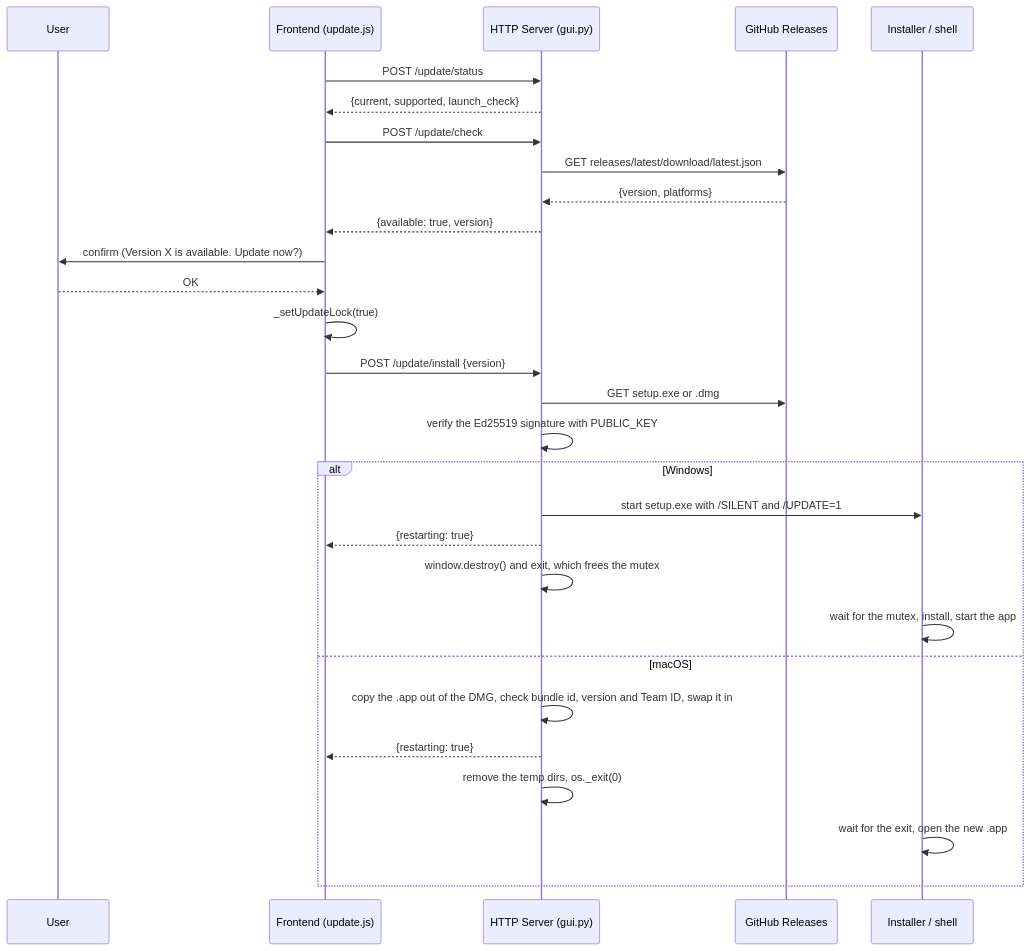
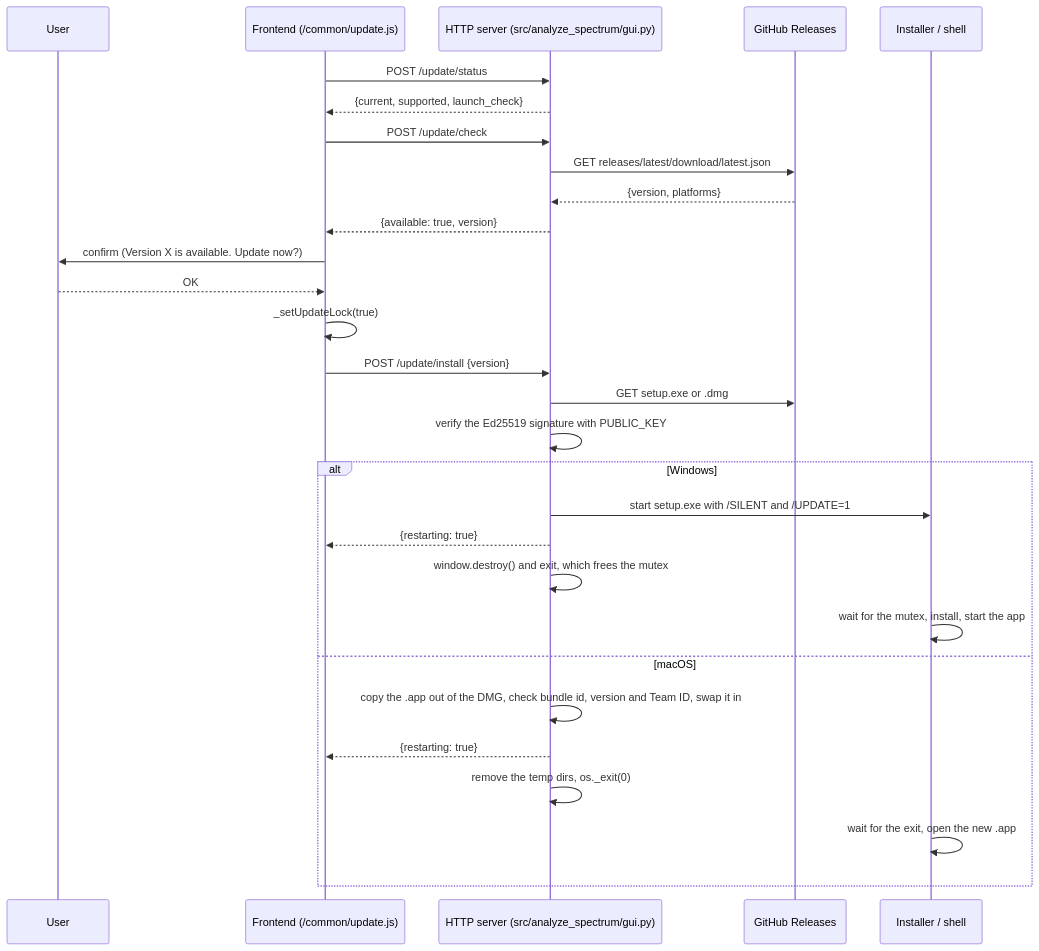
Before and after one commit to semnil/analyze-spectrum: diagram 14 of 18 in docs/architecture.md, drawn with Mermaid. The commit also changed other lines of this file and 7 other files, not shown here.

````diff
--- a/docs/architecture.md
+++ b/docs/architecture.md
@@ -374,32 +422,32 @@
 ```mermaid
 sequenceDiagram
     participant U as User
-    participant FE as Frontend (update.js)
-    participant SRV as HTTP Server (gui.py)
+    participant FE as Frontend (/common/update.js)
+    participant SRV as HTTP server (src/analyze_spectrum/gui.py)
     participant GH as GitHub Releases
     participant OS as Installer / shell
 
     FE->>SRV: POST /update/status
     SRV-->>FE: {current, supported, launch_check}
     FE->>SRV: POST /update/check
     SRV->>GH: GET releases/latest/download/latest.json
     GH-->>SRV: {version, platforms}
     SRV-->>FE: {available: true, version}
     FE->>U: confirm (Version X is available. Update now?)
     U-->>FE: OK
     FE->>FE: _setUpdateLock(true)
     FE->>SRV: POST /update/install {version}
     SRV->>GH: GET setup.exe or .dmg
     SRV->>SRV: verify the Ed25519 signature with PUBLIC_KEY
     alt Windows
         SRV->>OS: start setup.exe with /SILENT and /UPDATE=1
         SRV-->>FE: {restarting: true}
         SRV->>SRV: window.destroy() and exit, which frees the mutex
         OS->>OS: wait for the mutex, install, start the app
     else macOS
         SRV->>SRV: copy the .app out of the DMG, check bundle id, version and Team ID, swap it in
         SRV-->>FE: {restarting: true}
         SRV->>SRV: remove the temp dirs, os._exit(0)
         OS->>OS: wait for the exit, open the new .app
     end
 ```
````
